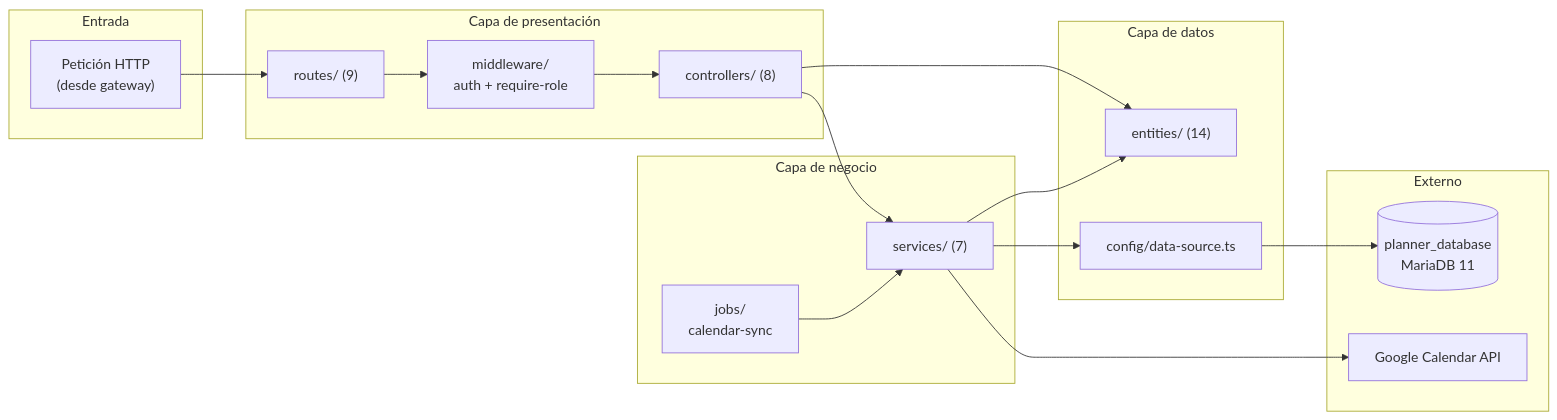
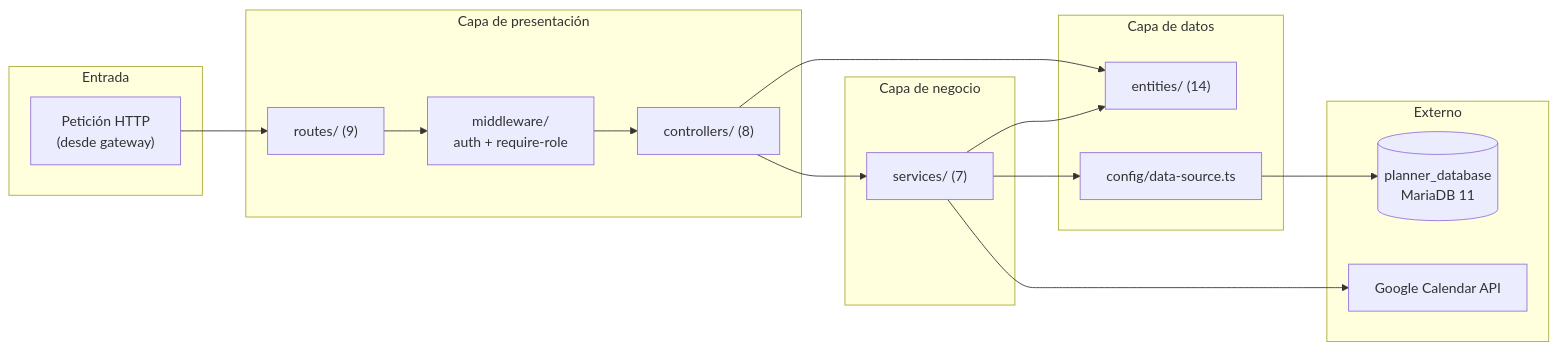
The second of 3 diagrams in docs/capitulo6_implementacion.md (Murias10/TeachingPlanner), drawn with Mermaid before and after one commit. The commit also changed other lines of this file and 6 other files, not shown here.

````diff
--- a/docs/capitulo6_implementacion.md
+++ b/docs/capitulo6_implementacion.md
@@ -253,36 +251,34 @@
 ```mermaid
 graph LR
     subgraph "Entrada"
         REQ["Petición HTTP\n(desde gateway)"]
     end
 
     subgraph "Capa de presentación"
         MW["middleware/\nauth + require-role"]
         RT["routes/ (9)"]
         CT["controllers/ (8)"]
     end
 
     subgraph "Capa de negocio"
         SV["services/ (7)"]
-        JB["jobs/\ncalendar-sync"]
     end
 
     subgraph "Capa de datos"
         EN["entities/ (14)"]
         DS["config/data-source.ts"]
     end
 
     subgraph "Externo"
         DB[("planner_database\nMariaDB 11")]
         GCAL["Google Calendar API"]
     end
 
     REQ --> RT --> MW --> CT
     CT --> SV
     CT --> EN
     SV --> EN
     SV --> DS
-    JB --> SV
     DS --> DB
     SV --> GCAL
 ```
````
